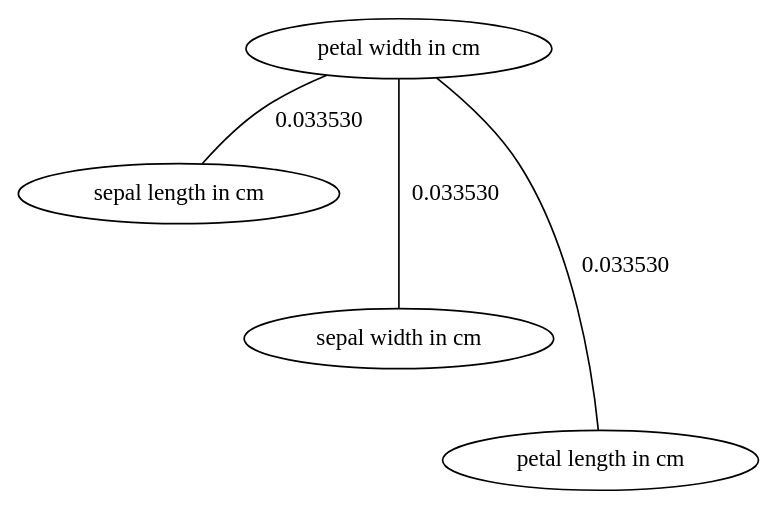
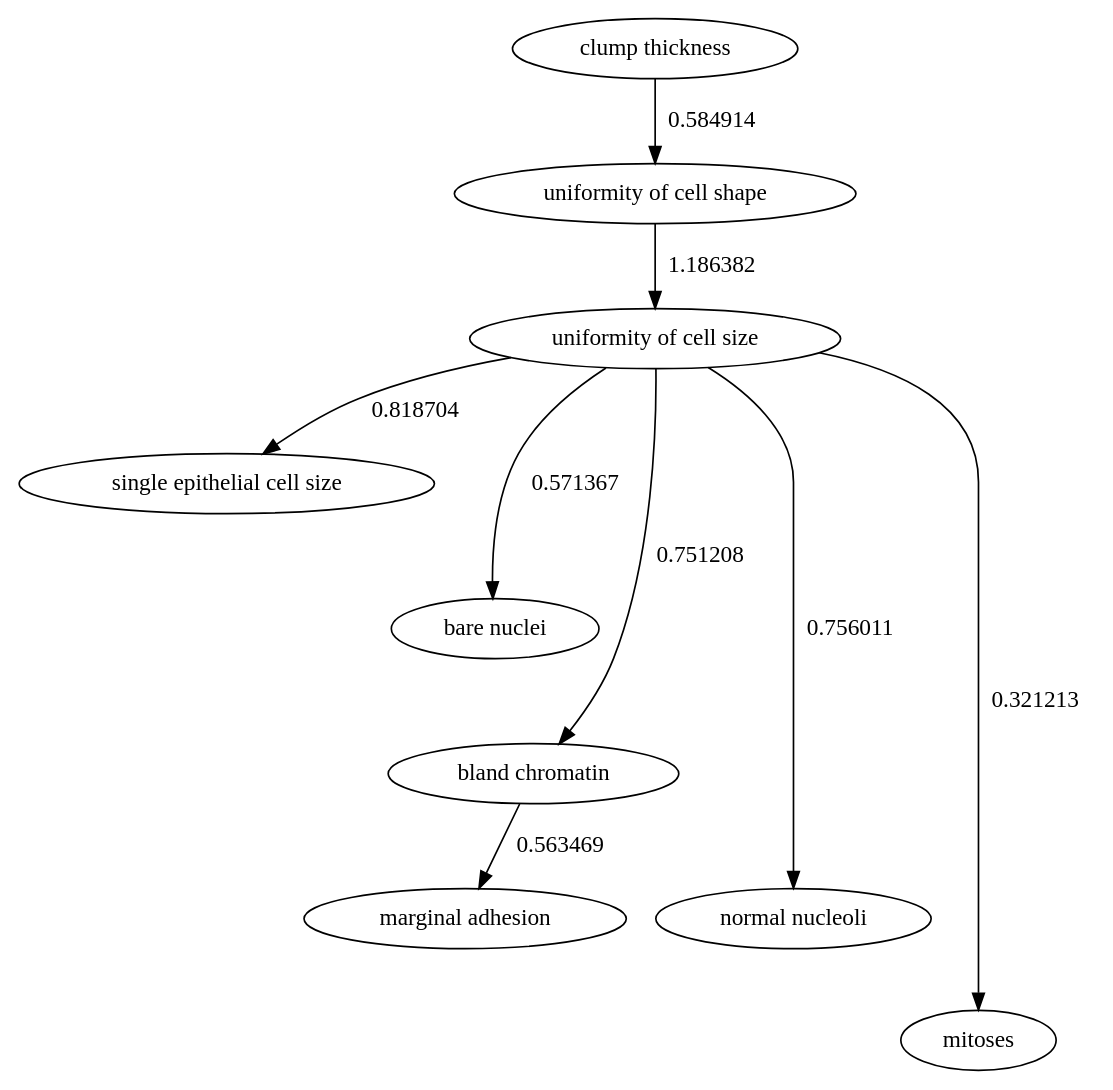
The diagram in src/CSCI446_Project3_MachineLearning/mst1.dot (byrdie/CSCI446_Artificial_Intelligence_Project3_MachineLearning), drawn with Graphviz before and after one commit. The commit also changed 18 other files, not shown here.

```diff
--- a/src/CSCI446_Project3_MachineLearning/mst1.dot
+++ b/src/CSCI446_Project3_MachineLearning/mst1.dot
@@ -1,12 +1,26 @@
-graph {
-	sepallengthincm	 [label="sepal length in cm"];
-	sepalwidthincm	 [label="sepal width in cm"];
-	petallengthincm	 [label="petal length in cm"];
-	petalwidthincm	 [label="petal width in cm"];
-	petalwidthincm -- sepallengthincm	 [label=0.033530,
+digraph {
+	clumpthickness	 [label="clump thickness"];
+	uniformityofcellshape	 [label="uniformity of cell shape"];
+	clumpthickness -> uniformityofcellshape	 [label=0.584914,
 		minlen=1];
-	petalwidthincm -- sepalwidthincm	 [label=0.033530,
+	uniformityofcellsize	 [label="uniformity of cell size"];
+	singleepithelialcellsize	 [label="single epithelial cell size"];
+	uniformityofcellsize -> singleepithelialcellsize	 [label=0.818704,
+		minlen=1];
+	barenuclei	 [label="bare nuclei"];
+	uniformityofcellsize -> barenuclei	 [label=0.571367,
 		minlen=2];
-	petalwidthincm -- petallengthincm	 [label=0.033530,
+	blandchromatin	 [label="bland chromatin"];
+	uniformityofcellsize -> blandchromatin	 [label=0.751208,
 		minlen=3];
+	normalnucleoli	 [label="normal nucleoli"];
+	uniformityofcellsize -> normalnucleoli	 [label=0.756011,
+		minlen=4];
+	mitoses	 [label=mitoses];
+	uniformityofcellsize -> mitoses	 [label=0.321213,
+		minlen=5];
+	uniformityofcellshape -> uniformityofcellsize	 [label=1.186382];
+	marginaladhesion	 [label="marginal adhesion"];
+	blandchromatin -> marginaladhesion	 [label=0.563469,
+		minlen=1];
 }
```
